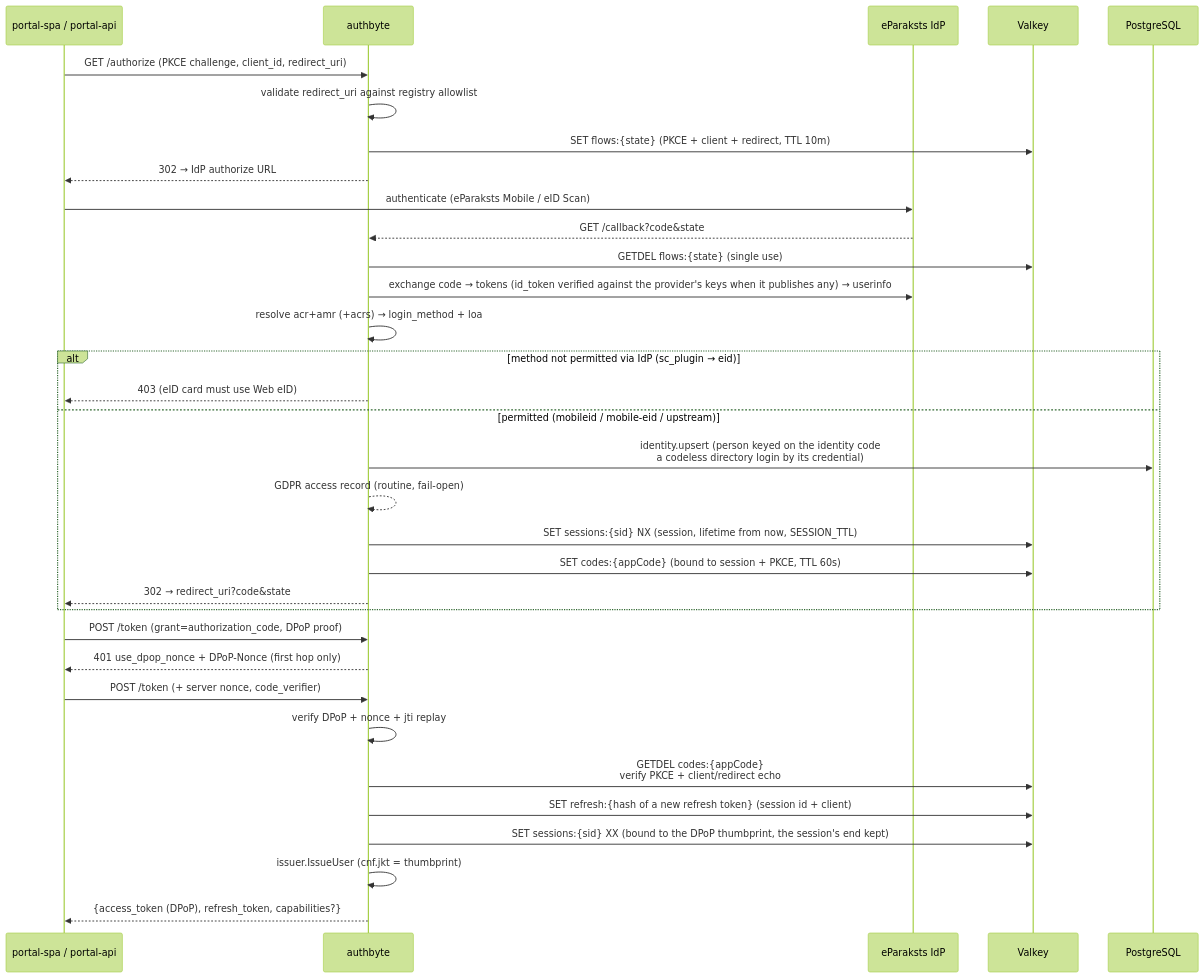
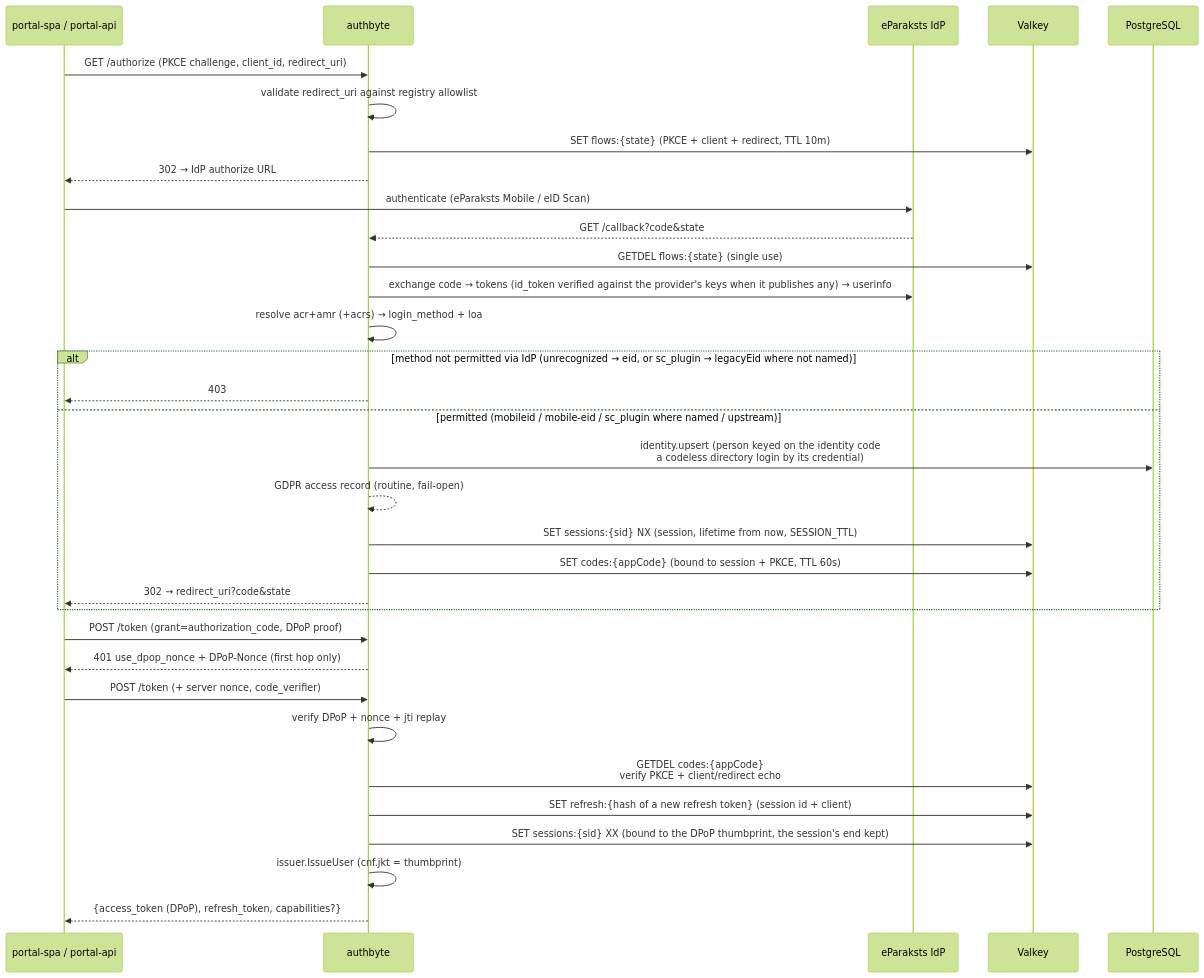
One commit to go-make-bytes/authbyte changed the third of 3 diagrams in README.md. Above: the diagram before and after it, drawn with Mermaid (forest theme). The commit also changed other lines of this file and 13 other files, not shown here.

Commit message:
Sign in with the eID card through eParaksts' own plugin (legacyEid) where a deployment names it; read another provider for explicit assurance levels only; name the card ways Web eID and eParaksts eID

````diff
--- a/README.md
+++ b/README.md
@@ -286,38 +287,38 @@
 ```mermaid
 sequenceDiagram
     participant SPA as portal-spa / portal-api
     participant AC as authbyte
     participant IDP as eParaksts IdP
     participant RD as Valkey
     participant PG as PostgreSQL
 
     SPA->>AC: GET /authorize (PKCE challenge, client_id, redirect_uri)
     AC->>AC: validate redirect_uri against registry allowlist
     AC->>RD: SET flows:{state} (PKCE + client + redirect, TTL 10m)
     AC-->>SPA: 302 → IdP authorize URL
     SPA->>IDP: authenticate (eParaksts Mobile / eID Scan)
     IDP-->>AC: GET /callback?code&state
 
     AC->>RD: GETDEL flows:{state} (single use)
     AC->>IDP: exchange code → tokens (id_token verified against the provider's keys when it publishes any) → userinfo
     AC->>AC: resolve acr+amr (+acrs) → login_method + loa
-    alt method not permitted via IdP (sc_plugin → eid)
-        AC-->>SPA: 403 (eID card must use Web eID)
-    else permitted (mobileid / mobile-eid / upstream)
+    alt method not permitted via IdP (unrecognized → eid, or sc_plugin → legacyEid where not named)
+        AC-->>SPA: 403
+    else permitted (mobileid / mobile-eid / sc_plugin where named / upstream)
         AC->>PG: identity.upsert (person keyed on the identity code <br/> a codeless directory login by its credential)
         AC-->>AC: GDPR access record (routine, fail-open)
         AC->>RD: SET sessions:{sid} NX (session, lifetime from now, SESSION_TTL)
         AC->>RD: SET codes:{appCode} (bound to session + PKCE, TTL 60s)
         AC-->>SPA: 302 → redirect_uri?code&state
     end
 
     SPA->>AC: POST /token (grant=authorization_code, DPoP proof)
     AC-->>SPA: 401 use_dpop_nonce + DPoP-Nonce (first hop only)
     SPA->>AC: POST /token (+ server nonce, code_verifier)
     AC->>AC: verify DPoP + nonce + jti replay
     AC->>RD: GETDEL codes:{appCode}<br/> verify PKCE + client/redirect echo
     AC->>RD: SET refresh:{hash of a new refresh token} (session id + client)
     AC->>RD: SET sessions:{sid} XX (bound to the DPoP thumbprint, the session's end kept)
     AC->>AC: issuer.IssueUser (cnf.jkt = thumbprint)
     AC-->>SPA: {access_token (DPoP), refresh_token, capabilities?}
 ```
````
